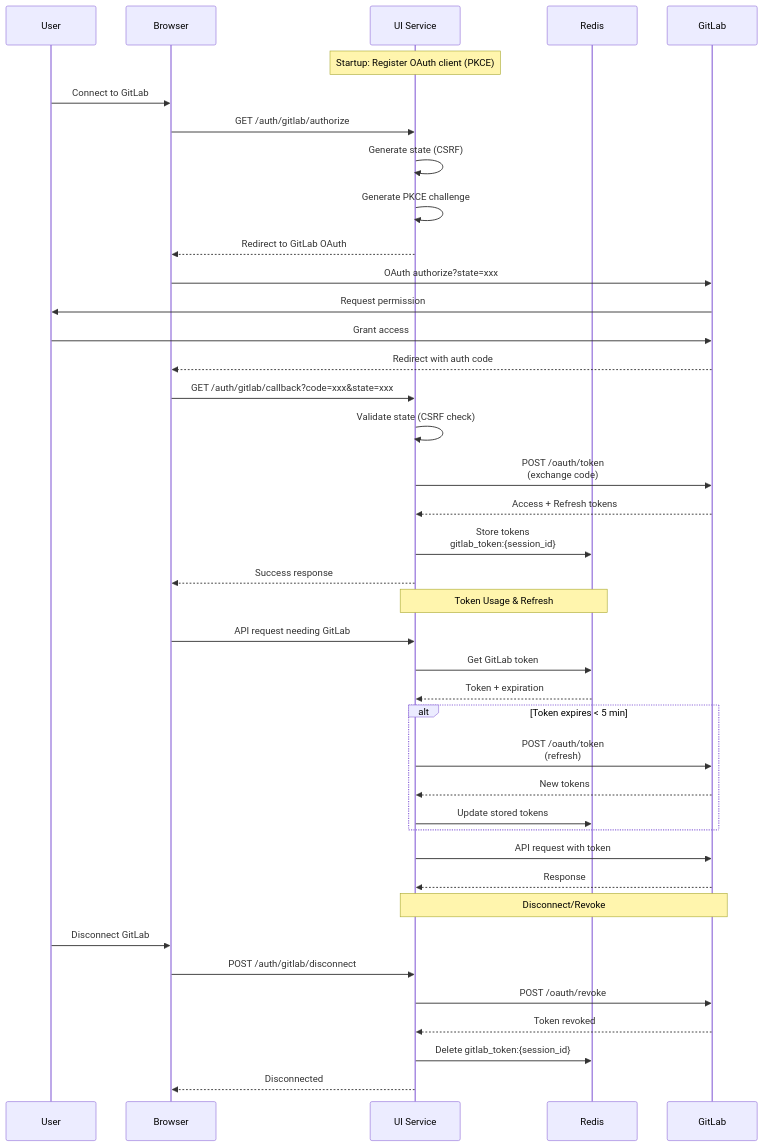
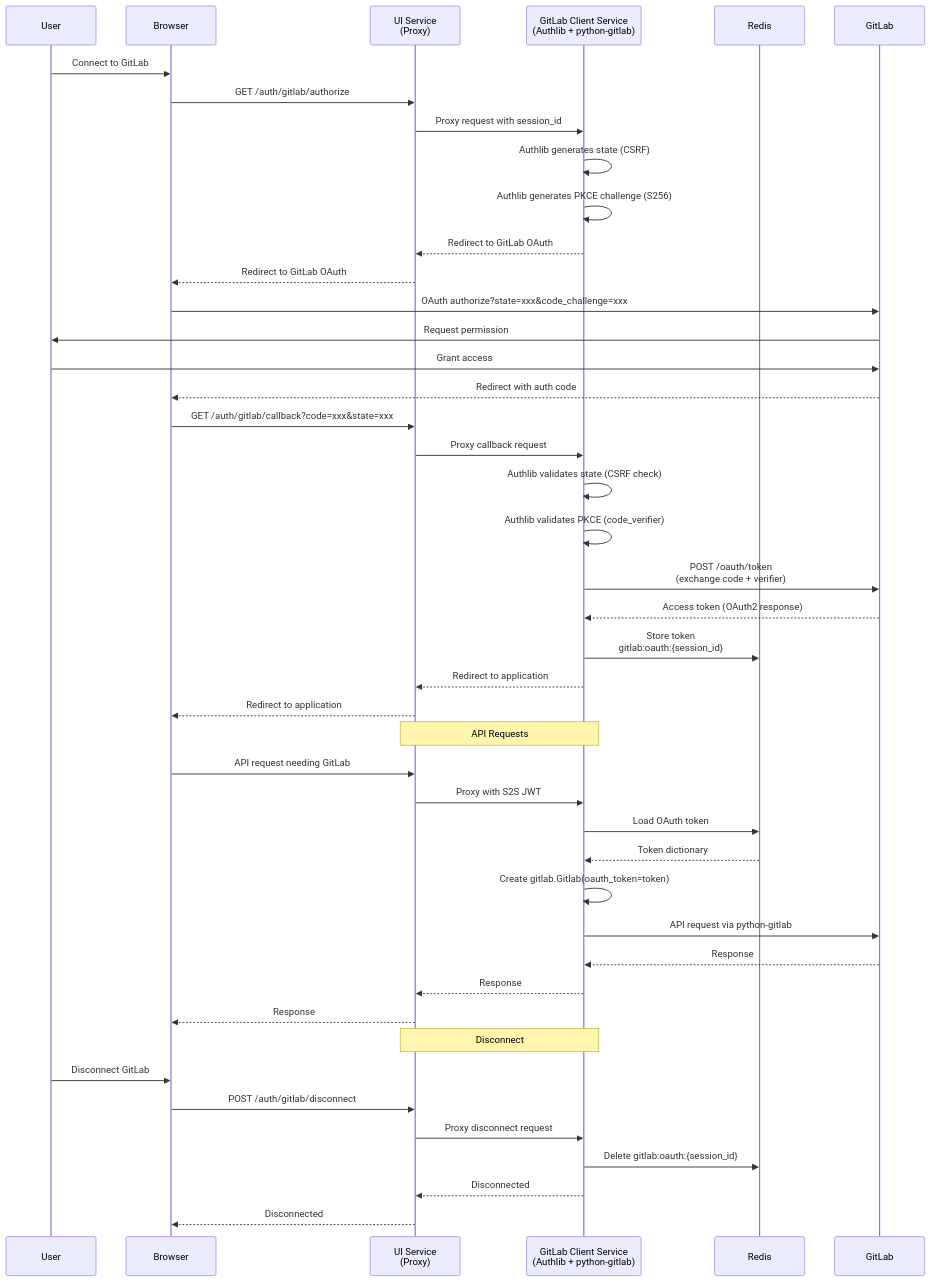
The fifth of 12 diagrams in git-epic-creator/services/ui_service/README.md (vladavilov/playground), drawn with Mermaid before and after one commit. The commit also changed other lines of this file and 33 other files, not shown here.

Commit message:
- moved gitlab related logic to gitlab client service - changed UI and DB to support only project group/name - implemented resolution of project name to project id - implemented gitlab api call with gitlab project id

````diff
--- a/git-epic-creator/services/ui_service/README.md
+++ b/git-epic-creator/services/ui_service/README.md
@@ -239,49 +284,50 @@
 ```mermaid
 sequenceDiagram
     participant User
     participant Browser
-    participant UI as UI Service
+    participant UI as UI Service<br/>(Proxy)
+    participant GCS as GitLab Client Service<br/>(Authlib + python-gitlab)
     participant Redis
     participant GitLab
 
-    Note over UI: Startup: Register OAuth client (PKCE)
-    
     User->>Browser: Connect to GitLab
     Browser->>UI: GET /auth/gitlab/authorize
-    UI->>UI: Generate state (CSRF)
-    UI->>UI: Generate PKCE challenge
+    UI->>GCS: Proxy request with session_id
+    GCS->>GCS: Authlib generates state (CSRF)
+    GCS->>GCS: Authlib generates PKCE challenge (S256)
+    GCS-->>UI: Redirect to GitLab OAuth
     UI-->>Browser: Redirect to GitLab OAuth
-    Browser->>GitLab: OAuth authorize?state=xxx
+    Browser->>GitLab: OAuth authorize?state=xxx&code_challenge=xxx
     GitLab->>User: Request permission
     User->>GitLab: Grant access
     GitLab-->>Browser: Redirect with auth code
     
     Browser->>UI: GET /auth/gitlab/callback?code=xxx&state=xxx
-    UI->>UI: Validate state (CSRF check)
-    UI->>GitLab: POST /oauth/token<br/>(exchange code)
-    GitLab-->>UI: Access + Refresh tokens
-    UI->>Redis: Store tokens<br/>gitlab_token:{session_id}
-    UI-->>Browser: Success response
+    UI->>GCS: Proxy callback request
+    GCS->>GCS: Authlib validates state (CSRF check)
+    GCS->>GCS: Authlib validates PKCE (code_verifier)
+    GCS->>GitLab: POST /oauth/token<br/>(exchange code + verifier)
+    GitLab-->>GCS: Access token (OAuth2 response)
+    GCS->>Redis: Store token<br/>gitlab:oauth:{session_id}
+    GCS-->>UI: Redirect to application
+    UI-->>Browser: Redirect to application
     
-    Note over UI,Redis: Token Usage & Refresh
+    Note over UI,GCS: API Requests
     Browser->>UI: API request needing GitLab
-    UI->>Redis: Get GitLab token
-    Redis-->>UI: Token + expiration
+    UI->>GCS: Proxy with S2S JWT
+    GCS->>Redis: Load OAuth token
+    Redis-->>GCS: Token dictionary
+    GCS->>GCS: Create gitlab.Gitlab(oauth_token=token)
+    GCS->>GitLab: API request via python-gitlab
+    GitLab-->>GCS: Response
+    GCS-->>UI: Response
+    UI-->>Browser: Response
     
-    alt Token expires < 5 min
-        UI->>GitLab: POST /oauth/token<br/>(refresh)
-        GitLab-->>UI: New tokens
-        UI->>Redis: Update stored tokens
-    end
-    
-    UI->>GitLab: API request with token
-    GitLab-->>UI: Response
-    
-    Note over UI,GitLab: Disconnect/Revoke
+    Note over UI,GCS: Disconnect
     User->>Browser: Disconnect GitLab
     Browser->>UI: POST /auth/gitlab/disconnect
-    UI->>GitLab: POST /oauth/revoke
-    GitLab-->>UI: Token revoked
-    UI->>Redis: Delete gitlab_token:{session_id}
+    UI->>GCS: Proxy disconnect request
+    GCS->>Redis: Delete gitlab:oauth:{session_id}
+    GCS-->>UI: Disconnected
     UI-->>Browser: Disconnected
 ```
````
